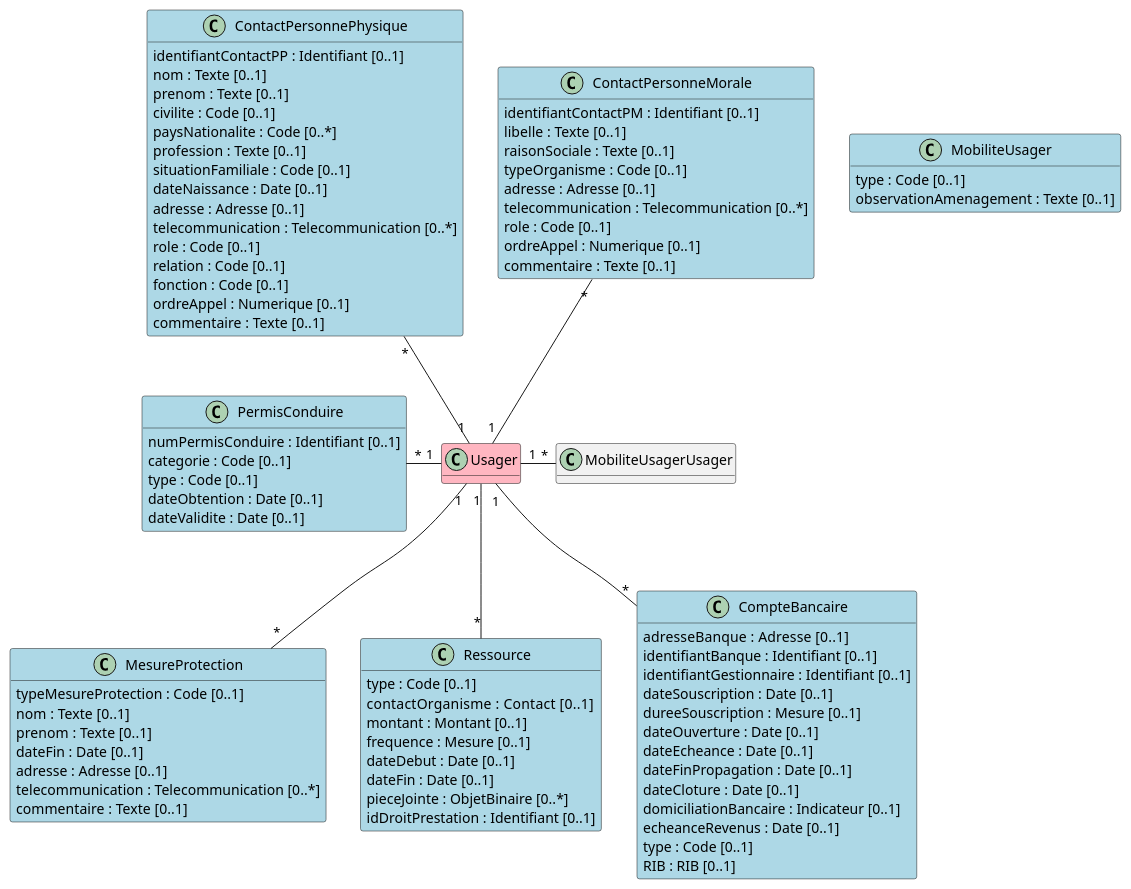
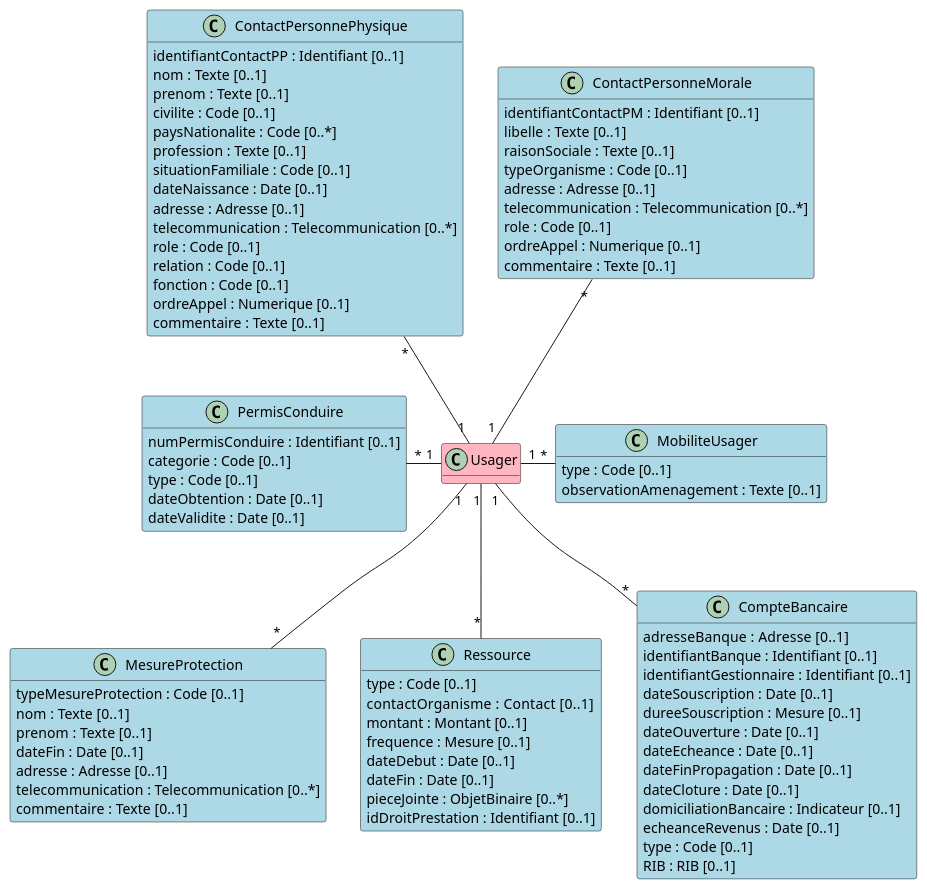
One commit to ansforge/IG-fhir-medicosocial-transfert-donnees-dui changed the diagram in input/images-source/bloc_environnement_ressources.plantuml. Above: the diagram before and after it, drawn with PlantUML. The commit also changed 1 other file, not shown here.

```diff
--- a/input/images-source/bloc_environnement_ressources.plantuml
+++ b/input/images-source/bloc_environnement_ressources.plantuml
@@ -1,95 +1,95 @@
 @startuml
 
 hide empty methods
 
 class Usager #LightPink
 
 class ContactPersonnePhysique #LightBlue {
     identifiantContactPP : Identifiant [0..1]
     nom : Texte [0..1]
     prenom : Texte [0..1]
     civilite : Code [0..1]
     paysNationalite : Code [0..*]
     profession : Texte [0..1]
     situationFamiliale : Code [0..1]
     dateNaissance : Date [0..1]
     adresse : Adresse [0..1]
     telecommunication : Telecommunication [0..*]
     role : Code [0..1]
     relation : Code [0..1]
     fonction : Code [0..1]
     ordreAppel : Numerique [0..1]
     commentaire : Texte [0..1]
 }
 
 class ContactPersonneMorale #LightBlue {
     identifiantContactPM : Identifiant [0..1]
     libelle : Texte [0..1]
     raisonSociale : Texte [0..1]
     typeOrganisme : Code [0..1]
     adresse : Adresse [0..1]
     telecommunication : Telecommunication [0..*]
     role : Code [0..1]
     ordreAppel : Numerique [0..1]
     commentaire : Texte [0..1]
 }
 
 class MesureProtection #LightBlue {
     typeMesureProtection : Code [0..1]
     nom : Texte [0..1]
     prenom : Texte [0..1]
     dateFin : Date [0..1]
     adresse : Adresse [0..1]
     telecommunication : Telecommunication [0..*]
     commentaire : Texte [0..1]
 }
 
 class MobiliteUsager #LightBlue {
     type : Code [0..1]
     observationAmenagement : Texte [0..1]
 }
 
 class PermisConduire #LightBlue {
     numPermisConduire : Identifiant [0..1]
     categorie : Code [0..1]
     type : Code [0..1]
     dateObtention : Date [0..1]
     dateValidite : Date [0..1]
 }
 
 class Ressource #LightBlue {
     type : Code [0..1]
     contactOrganisme :  Contact  [0..1]
     montant : Montant [0..1]
     frequence : Mesure [0..1]
     dateDebut : Date [0..1]
     dateFin : Date [0..1]
     pieceJointe : ObjetBinaire [0..*]
     idDroitPrestation : Identifiant [0..1]
 }
 
 class CompteBancaire #LightBlue {
     adresseBanque :  Adresse [0..1]
     identifiantBanque : Identifiant [0..1]
     identifiantGestionnaire : Identifiant [0..1]
     dateSouscription : Date [0..1]
     dureeSouscription : Mesure [0..1]
     dateOuverture : Date [0..1]
     dateEcheance : Date [0..1]
     dateFinPropagation : Date [0..1]
     dateCloture : Date [0..1]
     domiciliationBancaire : Indicateur [0..1]
     echeanceRevenus : Date [0..1]
     type : Code [0..1]
     RIB : RIB [0..1]
 }
 
 ContactPersonnePhysique "*" -- "1" Usager
 ContactPersonneMorale "*" -- "1" Usager 
 PermisConduire "*" - "1" Usager 
-Usager"1" - "*" MobiliteUsagerUsager 
+Usager"1" - "*" MobiliteUsager 
 Usager "1" -- "*" MesureProtection
 Usager "1" -- "*" CompteBancaire
 Usager "1" -- "*" Ressource
 
 @enduml
```
